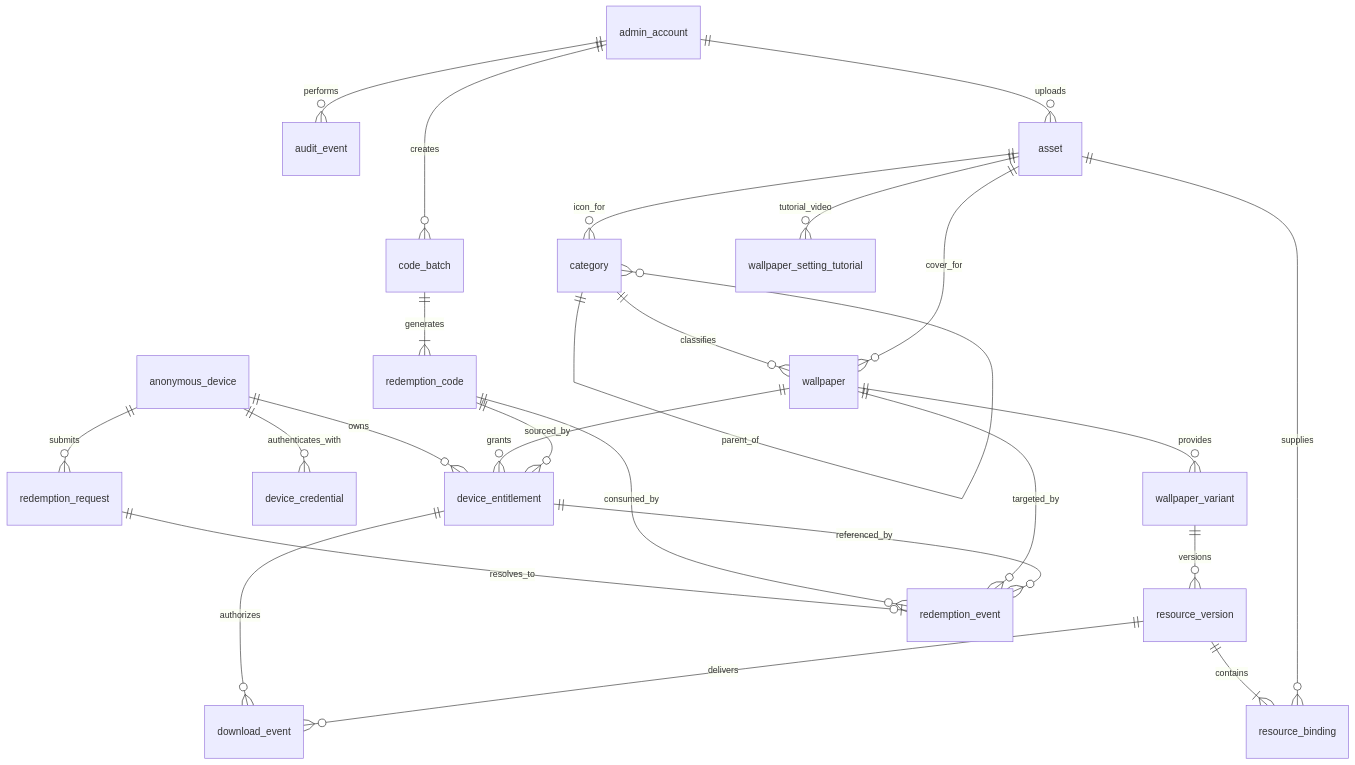
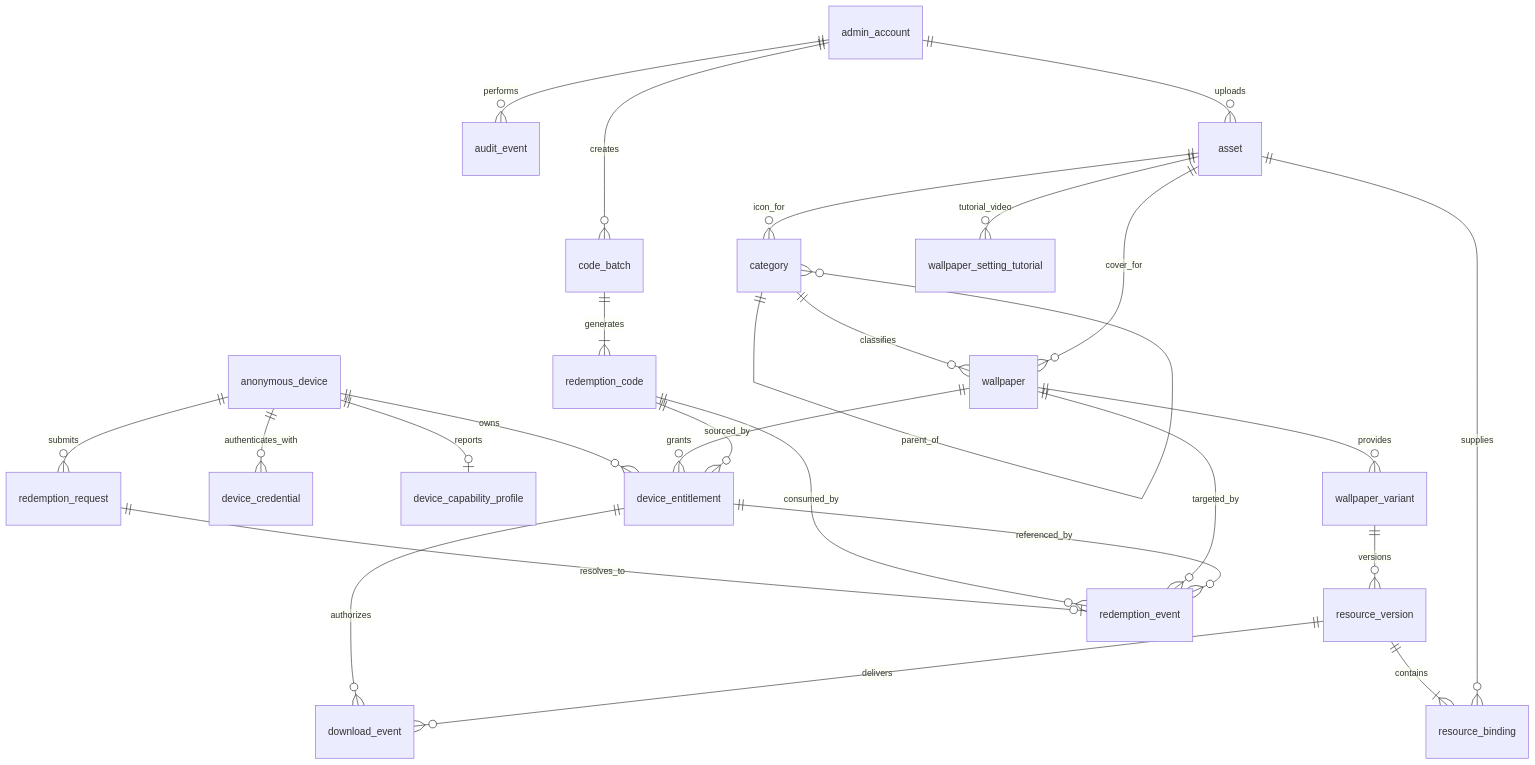
One commit to Jerry1254/wallpapersapp changed the diagram in docs/03-数据设计/DB-001-MySQL数据库设计.md. Above: the diagram before and after it, drawn with Mermaid. The commit also changed other lines of this file and 44 other files, not shown here.

Commit message:
feat(catalog): add device capability delivery

```diff
--- a/docs/03-数据设计/DB-001-MySQL数据库设计.md
+++ b/docs/03-数据设计/DB-001-MySQL数据库设计.md
@@ -66,31 +66,32 @@
 ~~~mermaid
 erDiagram
     admin_account ||--o{ code_batch : creates
     admin_account ||--o{ audit_event : performs
     admin_account ||--o{ asset : uploads
 
     asset ||--o{ category : icon_for
     category ||--o{ category : parent_of
     category ||--o{ wallpaper : classifies
     asset ||--o{ wallpaper : cover_for
     wallpaper ||--o{ wallpaper_variant : provides
     wallpaper_variant ||--o{ resource_version : versions
     resource_version ||--|{ resource_binding : contains
     asset ||--o{ resource_binding : supplies
     asset ||--o{ wallpaper_setting_tutorial : tutorial_video
 
     anonymous_device ||--o{ device_credential : authenticates_with
+    anonymous_device ||--o| device_capability_profile : reports
     code_batch ||--|{ redemption_code : generates
     anonymous_device ||--o{ device_entitlement : owns
     wallpaper ||--o{ device_entitlement : grants
     redemption_code ||--o{ device_entitlement : sourced_by
 
     anonymous_device ||--o{ redemption_request : submits
     redemption_request ||--o| redemption_event : resolves_to
     redemption_code ||--o{ redemption_event : consumed_by
     wallpaper ||--o{ redemption_event : targeted_by
     device_entitlement ||--o{ redemption_event : referenced_by
 
     device_entitlement ||--o{ download_event : authorizes
     resource_version ||--o{ download_event : delivers
 ~~~
```
